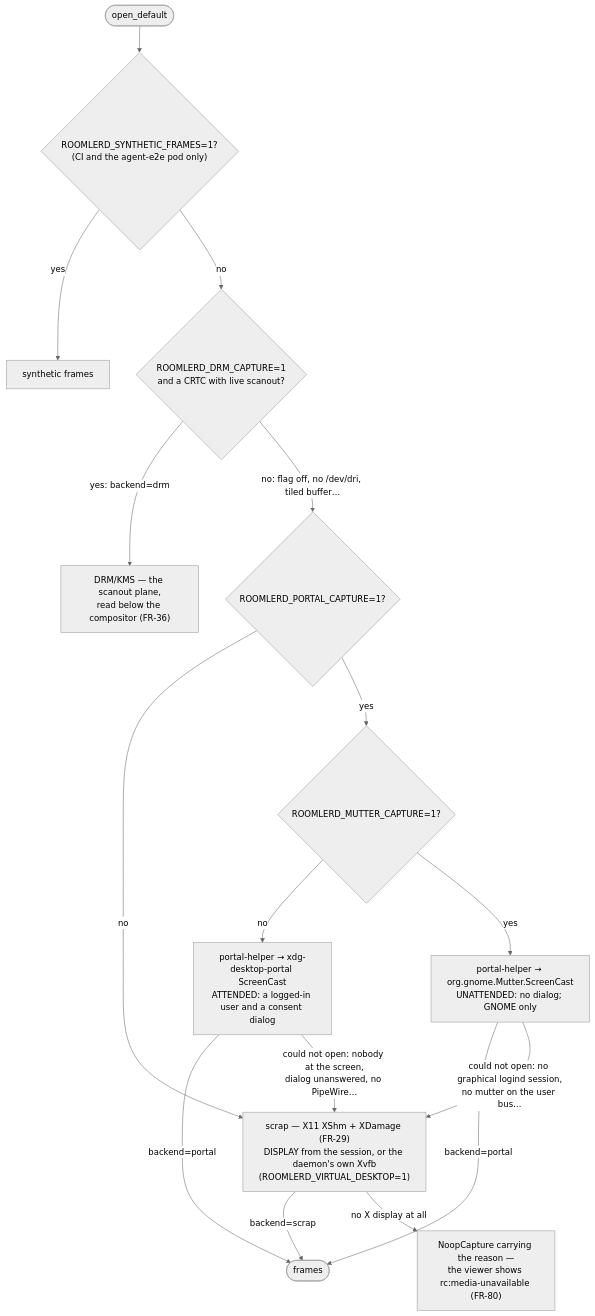
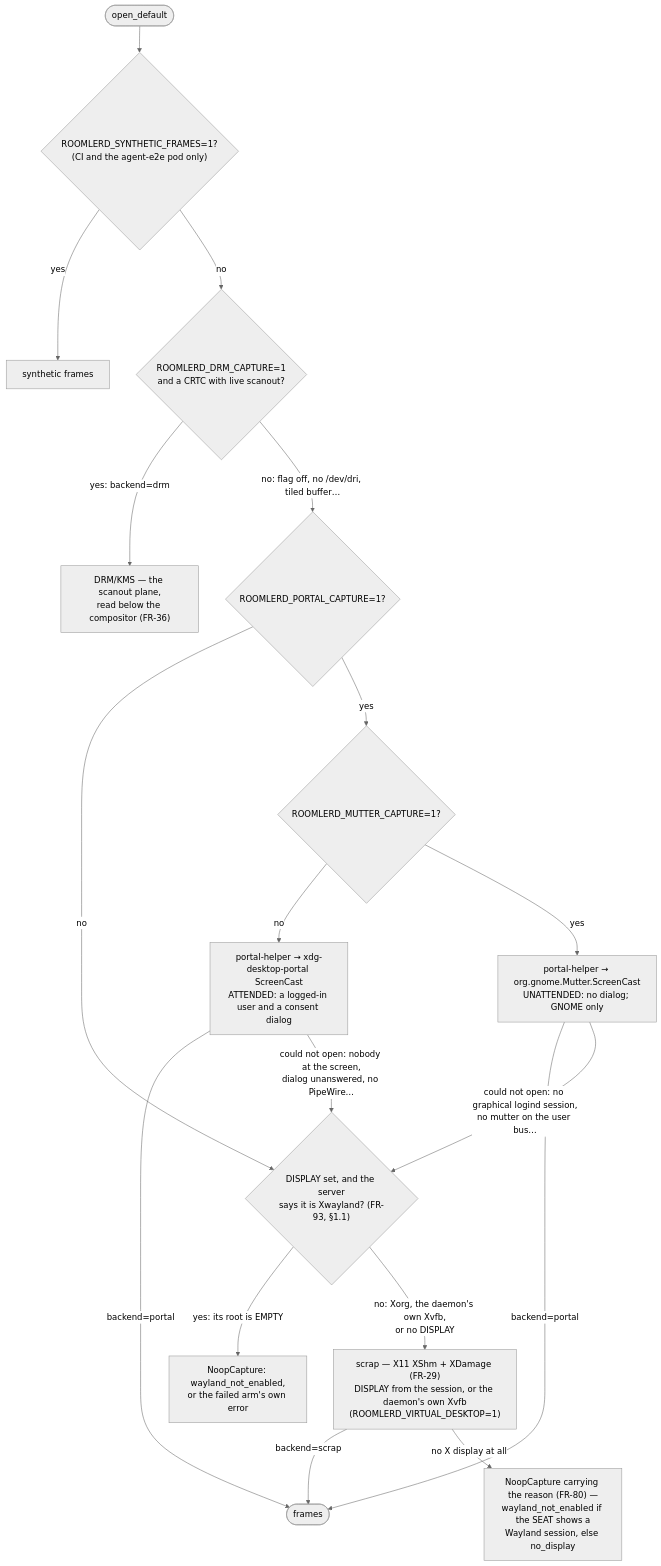
One commit to gjovanov/roomler-ai changed the first of 3 diagrams in docs/linux-capture.md. Above: the diagram before and after it, drawn with Mermaid (neutral theme). The commit also changed other lines of this file and 7 other files, not shown here.

First line of the commit message:
feat(capture): a Wayland desktop that nothing may capture says so — never black, never "headless" (#1972) (#1986)

````diff
--- a/docs/linux-capture.md
+++ b/docs/linux-capture.md
@@ -28,18 +28,21 @@
 ```mermaid
 flowchart TD
     S([open_default]) --> SY{"ROOMLERD_SYNTHETIC_FRAMES=1?<br/>(CI and the agent-e2e pod only)"}
     SY -- yes --> SYN[synthetic frames]
     SY -- no --> D{"ROOMLERD_DRM_CAPTURE=1<br/>and a CRTC with live scanout?"}
     D -- "yes: backend=drm" --> DRM["DRM/KMS — the scanout plane,<br/>read below the compositor (FR-36)"]
     D -- "no: flag off, no /dev/dri, tiled buffer…" --> P{"ROOMLERD_PORTAL_CAPTURE=1?"}
-    P -- no --> X
+    P -- no --> XW
     P -- yes --> PS{"ROOMLERD_MUTTER_CAPTURE=1?"}
     PS -- no --> PORT["portal-helper → xdg-desktop-portal ScreenCast<br/>ATTENDED: a logged-in user and a consent dialog"]
     PS -- yes --> MUT["portal-helper → org.gnome.Mutter.ScreenCast<br/>UNATTENDED: no dialog; GNOME only"]
     PORT -- "backend=portal" --> OK([frames])
     MUT -- "backend=portal" --> OK
-    PORT -- "could not open: nobody at the screen,<br/>dialog unanswered, no PipeWire…" --> X
-    MUT -- "could not open: no graphical logind session,<br/>no mutter on the user bus…" --> X
+    PORT -- "could not open: nobody at the screen,<br/>dialog unanswered, no PipeWire…" --> XW
+    MUT -- "could not open: no graphical logind session,<br/>no mutter on the user bus…" --> XW
+    XW{"DISPLAY set, and the server<br/>says it is Xwayland? (FR-93, §1.1)"}
+    XW -- "yes: its root is EMPTY" --> W["NoopCapture: wayland_not_enabled,<br/>or the failed arm's own error"]
+    XW -- "no: Xorg, the daemon's own Xvfb,<br/>or no DISPLAY" --> X
     X["scrap — X11 XShm + XDamage (FR-29)<br/>DISPLAY from the session, or the daemon's own Xvfb<br/>(ROOMLERD_VIRTUAL_DESKTOP=1)"] -- "backend=scrap" --> OK
-    X -- "no X display at all" --> N["NoopCapture carrying the reason —<br/>the viewer shows rc:media-unavailable (FR-80)"]
+    X -- "no X display at all" --> N["NoopCapture carrying the reason (FR-80) —<br/>wayland_not_enabled if the SEAT shows a<br/>Wayland session, else no_display"]
 ```
````
